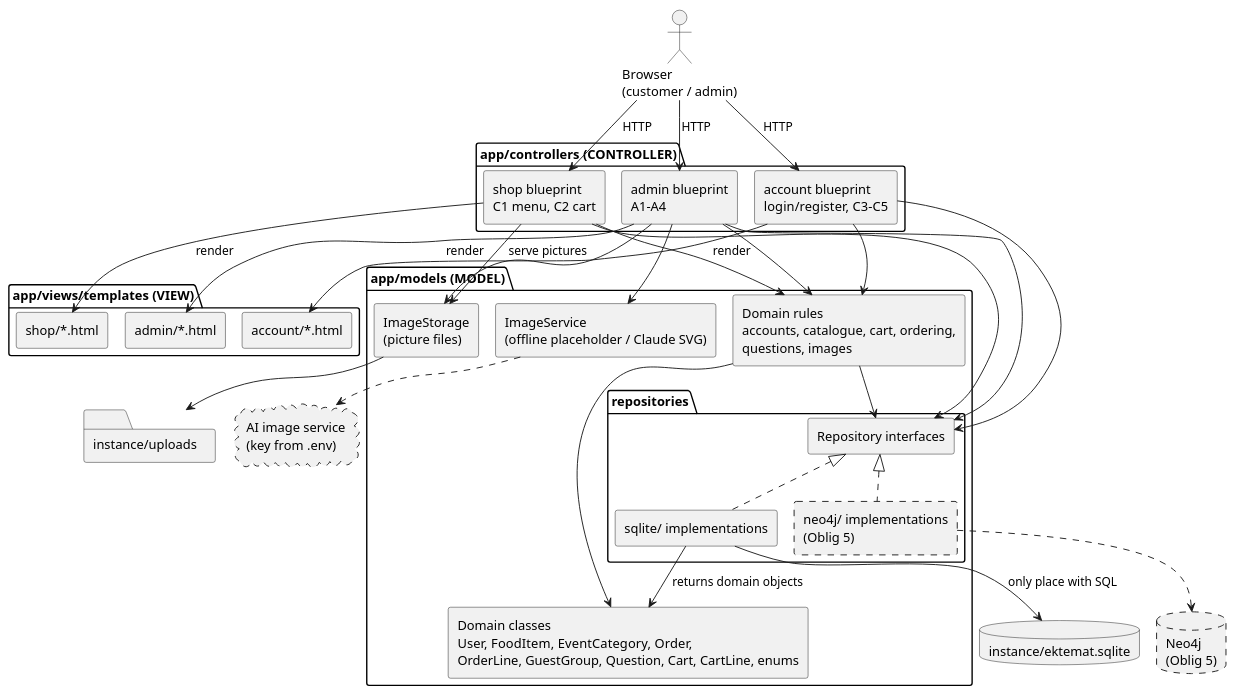
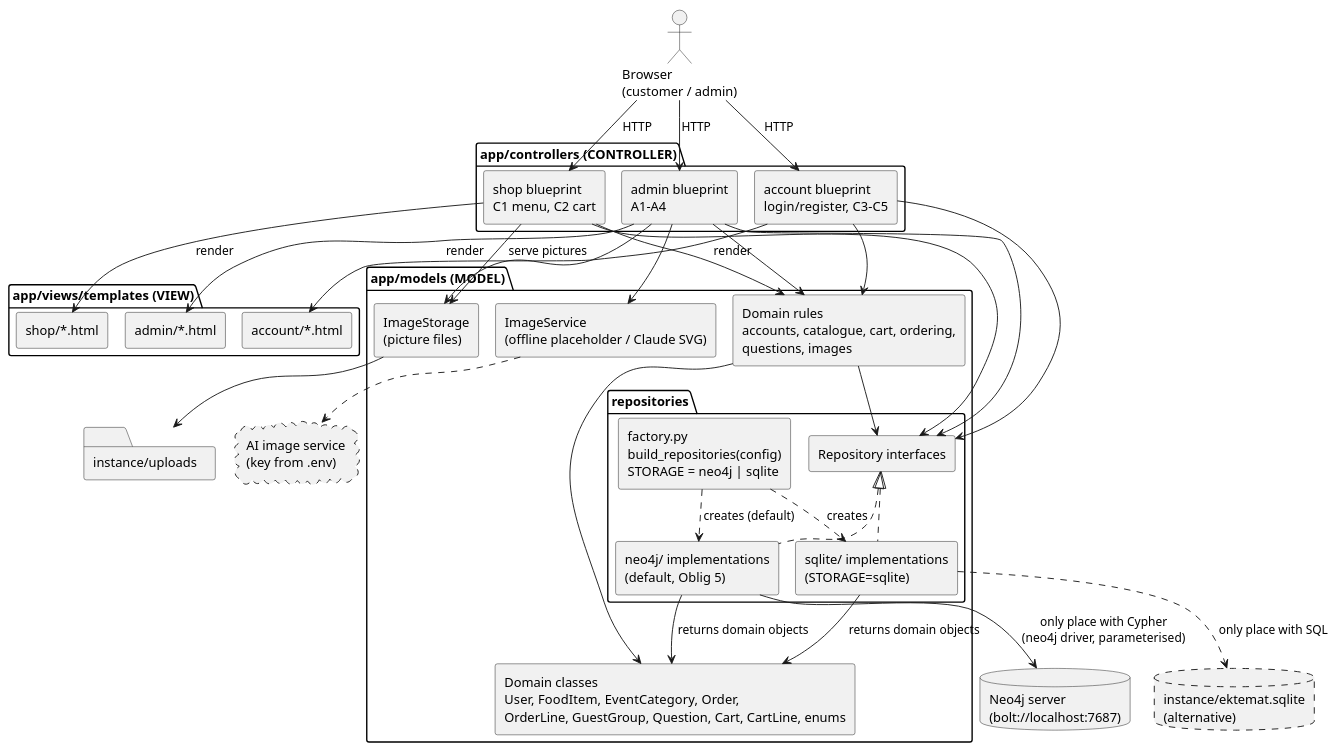
The diagram in docs/design/mvc-architecture.puml (Marensundt/Oblig4-INFO212), drawn with PlantUML before and after one commit. The commit also changed 39 other files, not shown here.

Commit message:
Implement Neo4j database for Oblig 5

```diff
--- a/docs/design/mvc-architecture.puml
+++ b/docs/design/mvc-architecture.puml
@@ -1,61 +1,66 @@
 @startuml mvc-architecture
 ' Ekte Mat Online — MVC architecture sketch (OB4 §3; 01-plan §3, §6). Updated 2026-10-29 to match the code (phase 10).
+' Updated 2026-11-04 for Oblig 5: Neo4j is the default storage; factory.py chooses by STORAGE (docs/plans/11).
 !pragma layout smetana
 skinparam componentStyle rectangle
 
 actor "Browser\n(customer / admin)" as Browser
 
 package "app/views/templates (VIEW)" {
   [shop/*.html] as VShop
   [account/*.html] as VAccount
   [admin/*.html] as VAdmin
 }
 
 package "app/controllers (CONTROLLER)" {
   [shop blueprint\nC1 menu, C2 cart] as CShop
   [account blueprint\nlogin/register, C3–C5] as CAccount
   [admin blueprint\nA1–A4] as CAdmin
 }
 
 package "app/models (MODEL)" {
   [Domain classes\nUser, FoodItem, EventCategory, Order,\nOrderLine, GuestGroup, Question, Cart, CartLine, enums] as Domain
   [Domain rules\naccounts, catalogue, cart, ordering,\nquestions, images] as Rules
   [ImageService\n(offline placeholder / Claude SVG)] as Img
   [ImageStorage\n(picture files)] as Files
   package "repositories" {
     [Repository interfaces] as IRepo
-    [sqlite/ implementations] as SqliteRepo
-    [neo4j/ implementations\n(Oblig 5)] as NeoRepo #line.dashed
+    [factory.py\nbuild_repositories(config)\nSTORAGE = neo4j | sqlite] as Factory
+    [neo4j/ implementations\n(default, Oblig 5)] as NeoRepo
+    [sqlite/ implementations\n(STORAGE=sqlite)] as SqliteRepo
   }
 }
 
-database "instance/ektemat.sqlite" as DB
+database "Neo4j server\n(bolt://localhost:7687)" as Neo
+database "instance/ektemat.sqlite\n(alternative)" as DB #line.dashed
 folder "instance/uploads" as Uploads
-database "Neo4j\n(Oblig 5)" as Neo #line.dashed
 cloud "AI image service\n(key from .env)" as AI #line.dashed
 
 Browser --> CShop : HTTP
 Browser --> CAccount : HTTP
 Browser --> CAdmin : HTTP
 CShop --> VShop : render
 CAccount --> VAccount : render
 CAdmin --> VAdmin : render
 CShop --> Rules
 CAccount --> Rules
 CAdmin --> Rules
 Rules --> Domain
 Rules --> IRepo
 CShop --> IRepo
 CAccount --> IRepo
 CAdmin --> IRepo
 CAdmin --> Img
 CAdmin --> Files
 CShop --> Files : serve pictures
 Files --> Uploads
 Img ..> AI
+IRepo <|.. NeoRepo
 IRepo <|.. SqliteRepo
-IRepo <|.. NeoRepo
-SqliteRepo --> DB : only place with SQL
-NeoRepo ..> Neo
+Factory ..> NeoRepo : creates (default)
+Factory ..> SqliteRepo : creates
+NeoRepo --> Neo : only place with Cypher\n(neo4j driver, parameterised)
+SqliteRepo ..> DB : only place with SQL
+NeoRepo --> Domain : returns domain objects
 SqliteRepo --> Domain : returns domain objects
 @enduml
```
